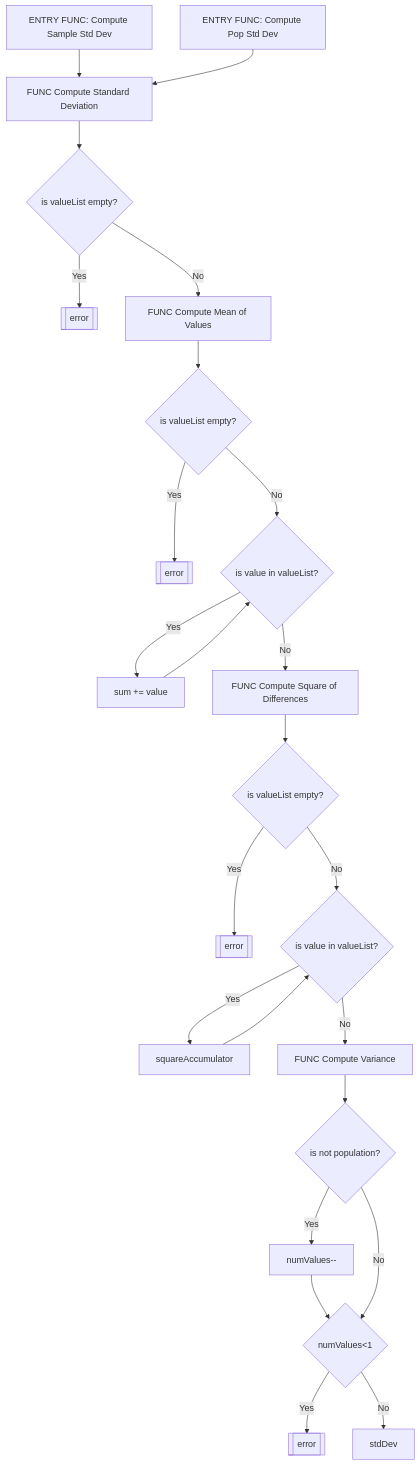
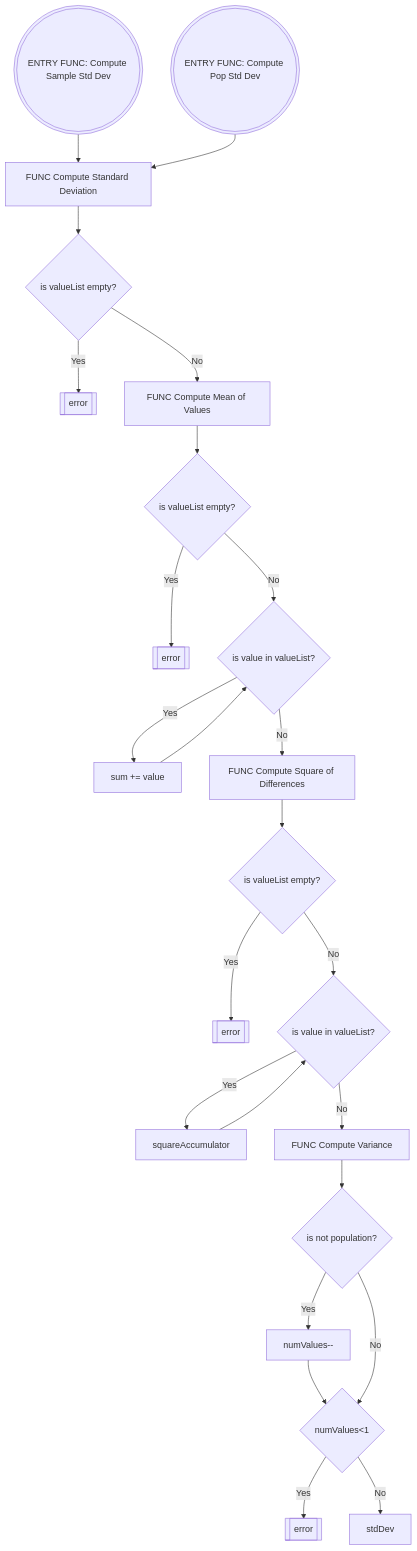
Before and after one commit to ninuljaja/SWE3643-Fall2024-Homework: the diagram in Homework2/README.md, drawn with Mermaid.

````diff
--- a/Homework2/README.md
+++ b/Homework2/README.md
@@ -7,34 +7,34 @@
      ```mermaid
      flowchart TD
          
-         FuncA[ENTRY FUNC: Compute Sample Std Dev] --> FuncC
-         FuncB[ENTRY FUNC: Compute Pop Std Dev] --> FuncC
+         FuncA(((ENTRY FUNC: Compute Sample Std Dev))) --> FuncC
+         FuncB(((ENTRY FUNC: Compute Pop Std Dev))) --> FuncC
      
          FuncC[FUNC Compute Standard Deviation] --> isA
      
          isA{is valueList empty?} --> |Yes| errorA[[error]]
          isA --> |No|FuncD[FUNC Compute Mean of Values] --> isB
          
          isB{is valueList empty?} --> |Yes| errorB[[error]]
          isB --> |No| isC{is value in valueList?}
         
          isC --> |Yes| sumC[sum += value]
          sumC --> isC
          isC --> |No| FuncE[FUNC Compute Square of Differences] 
          FuncE --> isD{is valueList empty?}
          
          isD --> |Yes| errorD[[error]]
          isD --> |No| isE{is value in valueList?}
      
          isE --> |Yes| squareAccumulatorE[squareAccumulator]
          squareAccumulatorE --> isE
          isE --> |No| FuncF[FUNC Compute Variance]
          FuncF --> isF{is not population?}
          
          isF --> |Yes| numValuesF[numValues--] --> isG{numValues<1}
          isF --> |No| isG
      
          isG --> |Yes| errorG[[error]]
          isG --> |No| stdDev[stdDev]
 
      ```
````
